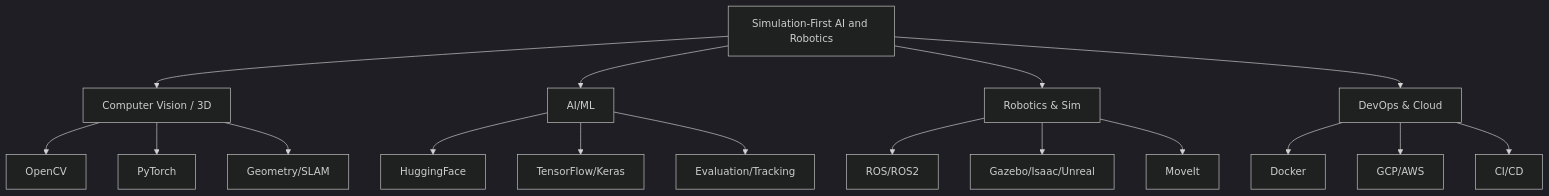
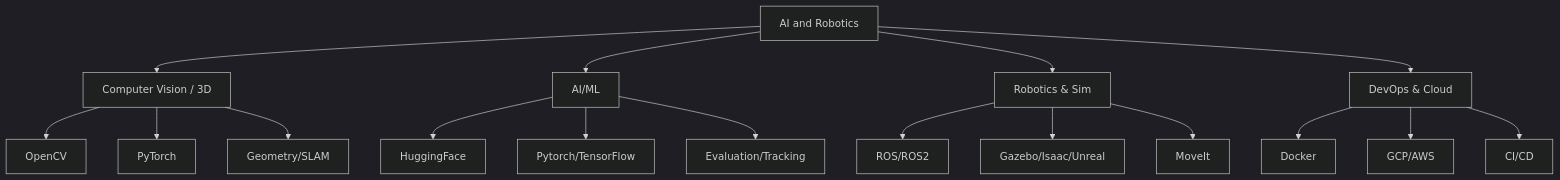
The diagram in README.md (Rishikesh-Jadhav/Rishikesh-Jadhav), drawn with Mermaid (dark theme) before and after one commit. The commit also changed other lines of this file, not shown here.

````diff
--- a/README.md
+++ b/README.md
@@ -114,19 +162,19 @@
 ```mermaid
 graph TD
-  A[Simulation-First AI and Robotics] --> B[Computer Vision / 3D]
+  A[AI and Robotics] --> B[Computer Vision / 3D]
   A --> C[AI/ML]
   A --> D[Robotics & Sim]
   A --> E[DevOps & Cloud]
   B --> B1[OpenCV]
   B --> B2[PyTorch]
   B --> B3[Geometry/SLAM]
   C --> C1[HuggingFace]
-  C --> C2[TensorFlow/Keras]
+  C --> C2[Pytorch/TensorFlow]
   C --> C3[Evaluation/Tracking]
   D --> D1[ROS/ROS2]
   D --> D2[Gazebo/Isaac/Unreal]
   D --> D3[MoveIt]
   E --> E1[Docker]
   E --> E2[GCP/AWS]
   E --> E3[CI/CD]
 ```
````
